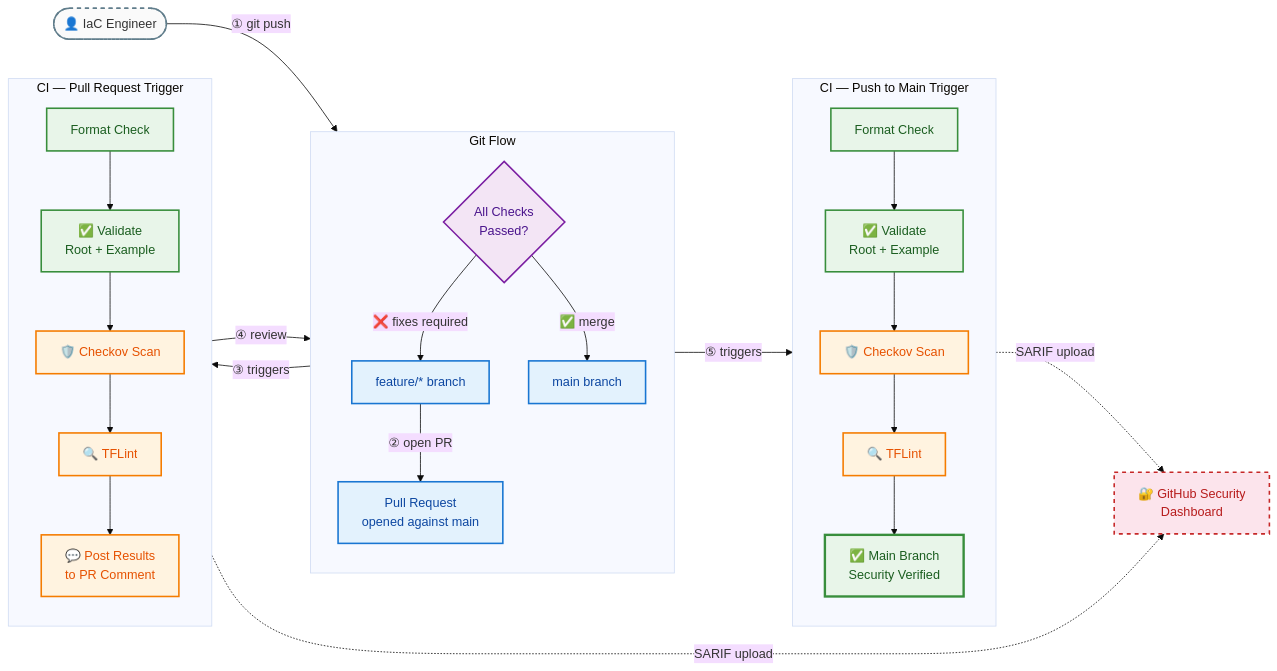
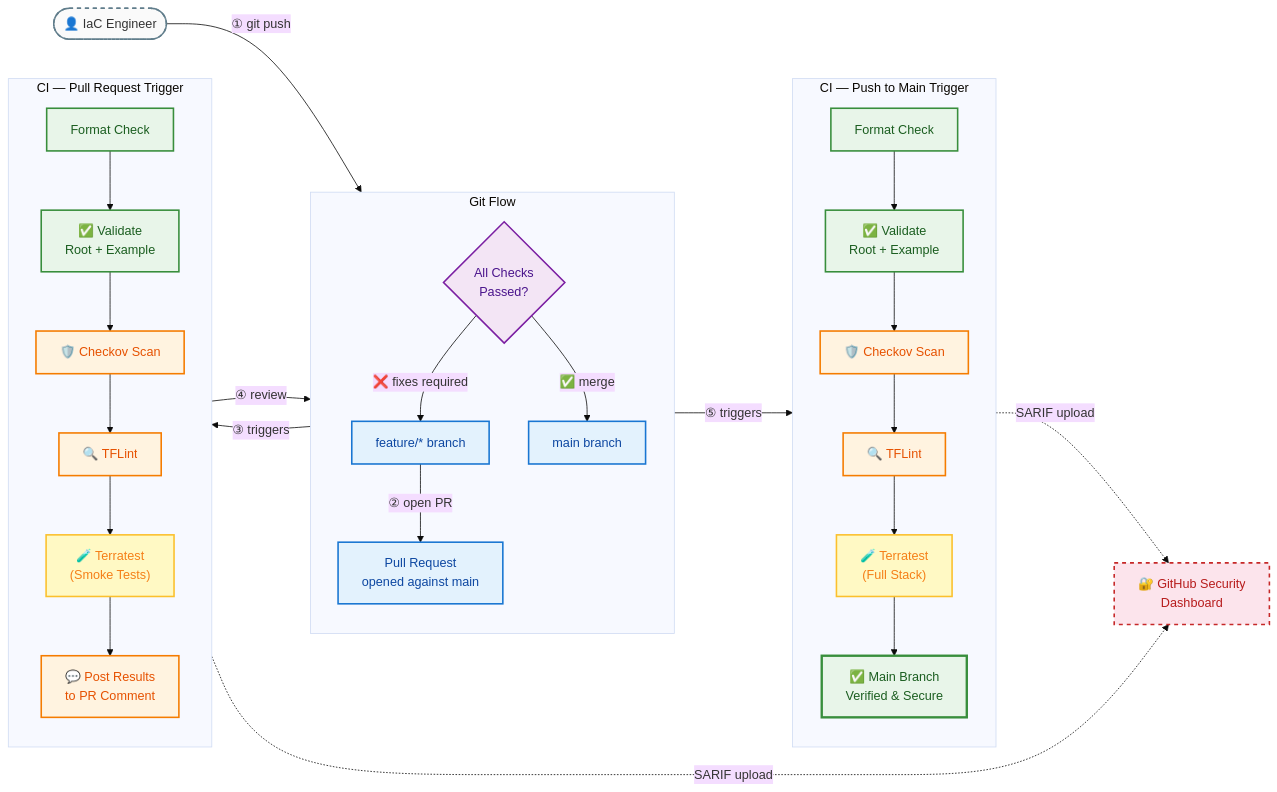
Before and after one commit to devsahamerlin/terraform-oci-alwaysfree-and-flexible-ha-compute-service: the second of 2 diagrams in README.md, drawn with Mermaid (base theme). The commit also changed other lines of this file and 8 other files, not shown here.

Commit message:
infra(test): add terratest in CI

```diff
--- a/README.md
+++ b/README.md
@@ -294,6 +297,7 @@
         PR_VAL["✅ Validate\nRoot + Example"]
         PR_SEC["🛡️ Checkov Scan"]
         PR_LINT["🔍 TFLint"]
+        PR_TEST["🧪 Terratest\n(Smoke Tests)"]
         PR_CMT["💬 Post Results\nto PR Comment"]
     end
 
@@ -306,7 +310,8 @@
         M_VAL["✅ Validate\nRoot + Example"]
         M_SEC["🛡️ Checkov Scan"]
         M_LINT["🔍 TFLint"]
-        M_DONE["✅ Main Branch\nSecurity Verified"]
+        M_TEST["🧪 Terratest\n(Full Stack)"]
+        M_DONE["✅ Main Branch\nVerified & Secure"]
     end
 
 %% ══════════════════════════════════════════
@@ -322,14 +327,14 @@
 %% ══════════════════════════════════════════
 %% FLOWS — PR Pipeline (strict top→bottom)
 %% ══════════════════════════════════════════
-    PR_FMT --> PR_VAL --> PR_SEC --> PR_LINT --> PR_CMT
+    PR_FMT --> PR_VAL --> PR_SEC --> PR_LINT --> PR_TEST --> PR_CMT
     PR_CMT -->|"④ review"| Gate
     PR_SEC -.->|"SARIF upload"| GHSec
 
 %% ══════════════════════════════════════════
 %% FLOWS — Main Pipeline (strict top→bottom)
 %% ══════════════════════════════════════════
-    M_FMT --> M_VAL --> M_SEC --> M_LINT --> M_DONE
+    M_FMT --> M_VAL --> M_SEC --> M_LINT --> M_TEST --> M_DONE
     M_SEC -.->|"SARIF upload"| GHSec
 
 %% ══════════════════════════════════════════
@@ -339,6 +344,7 @@
     classDef git      fill:#e3f2fd,stroke:#1976d2,stroke-width:2px,color:#0d47a1
     classDef validate fill:#e8f5e9,stroke:#388e3c,stroke-width:2px,color:#1b5e20
     classDef security fill:#fff3e0,stroke:#f57c00,stroke-width:2px,color:#e65100
+    classDef test     fill:#fff9c4,stroke:#fbc02d,stroke-width:2px,color:#f57f17
     classDef gate     fill:#f3e5f5,stroke:#7b1fa2,stroke-width:2px,color:#4a148c
     classDef done     fill:#e8f5e9,stroke:#388e3c,stroke-width:3px,color:#1b5e20
     classDef ghsec    fill:#fce4ec,stroke:#c62828,stroke-width:2px,color:#b71c1c
@@ -347,6 +353,7 @@
     class Feature,PR,Main git
     class PR_FMT,PR_VAL,M_FMT,M_VAL validate
     class PR_SEC,PR_LINT,PR_CMT,M_SEC,M_LINT security
+    class PR_TEST,M_TEST test
     class Gate gate
     class M_DONE done
     class GHSec ghsec
```
